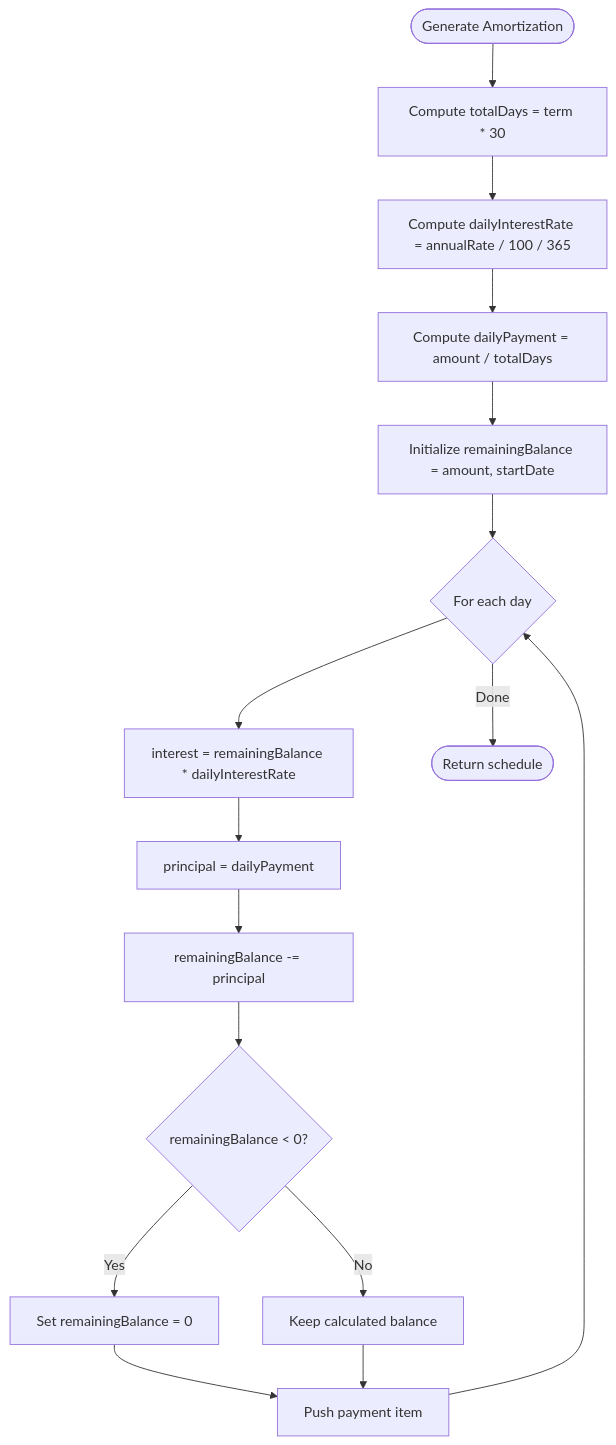
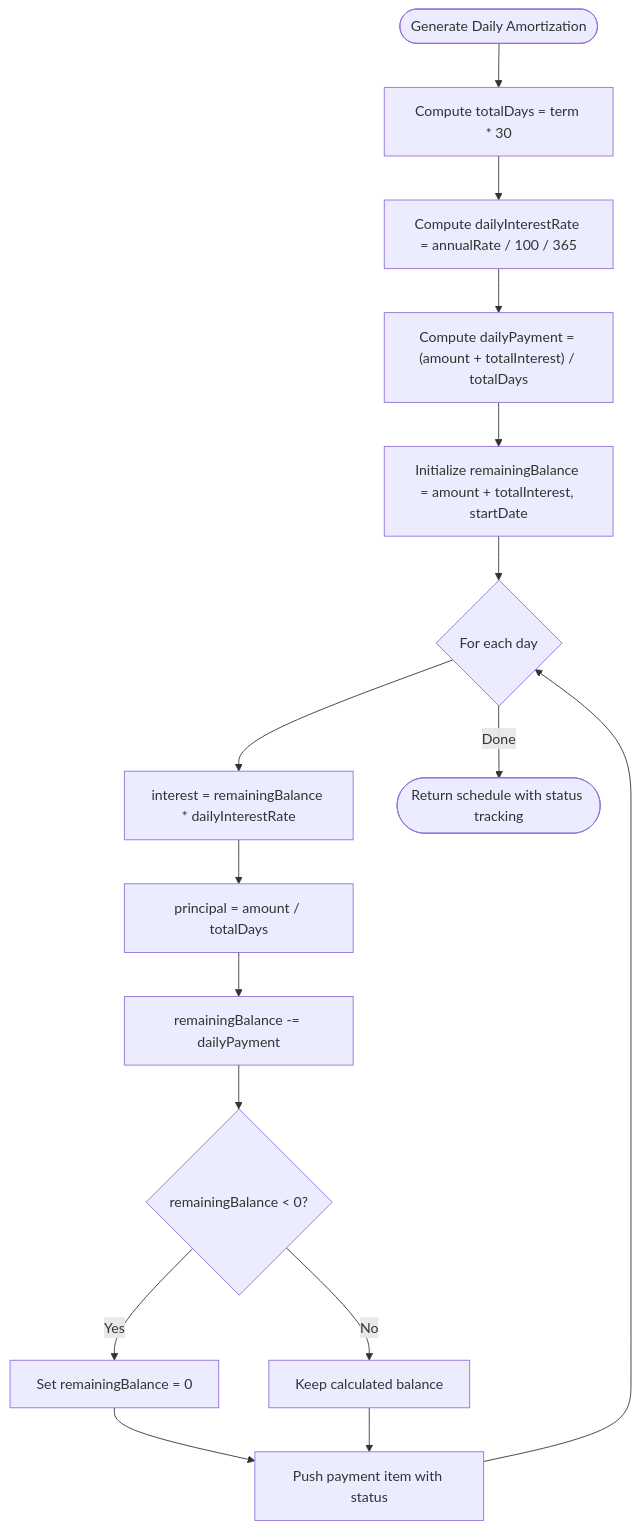
One commit to Unsure-bry/sampacoop_system changed the fourth of 8 diagrams in .qoder/repowiki/en/content/Loan Management System/Loan Repayment System.md. Above: the diagram before and after it, drawn with Mermaid. The commit also changed other lines of this file and 6 other files, not shown here.

Commit message:
Amortization Table changes and Remaining Balance Sychronization

````diff
--- a/.qoder/repowiki/en/content/Loan Management System/Loan Repayment System.md
+++ b/.qoder/repowiki/en/content/Loan Management System/Loan Repayment System.md
@@ -177,18 +196,18 @@
 ```mermaid
 flowchart TD
-Entry(["Generate Amortization"]) --> TermDays["Compute totalDays = term * 30"]
+Entry(["Generate Daily Amortization"]) --> TermDays["Compute totalDays = term * 30"]
 TermDays --> DailyRate["Compute dailyInterestRate = annualRate / 100 / 365"]
-DailyRate --> DailyPayment["Compute dailyPayment = amount / totalDays"]
-DailyPayment --> Init["Initialize remainingBalance = amount, startDate"]
+DailyRate --> DailyPayment["Compute dailyPayment = (amount + totalInterest) / totalDays"]
+DailyPayment --> Init["Initialize remainingBalance = amount + totalInterest, startDate"]
 Init --> Loop{"For each day"}
 Loop --> Accrue["interest = remainingBalance * dailyInterestRate"]
-Accrue --> Principal["principal = dailyPayment"]
-Principal --> Update["remainingBalance -= principal"]
+Accrue --> Principal["principal = amount / totalDays"]
+Principal --> Update["remainingBalance -= dailyPayment"]
 Update --> Cap{"remainingBalance < 0?"}
 Cap --> |Yes| Zero["Set remainingBalance = 0"]
 Cap --> |No| Keep["Keep calculated balance"]
-Zero --> Push["Push payment item"]
+Zero --> Push["Push payment item with status"]
 Keep --> Push
 Push --> Loop
-Loop --> |Done| Exit(["Return schedule"])
+Loop --> |Done| Exit(["Return schedule with status tracking"])
 ```
````
